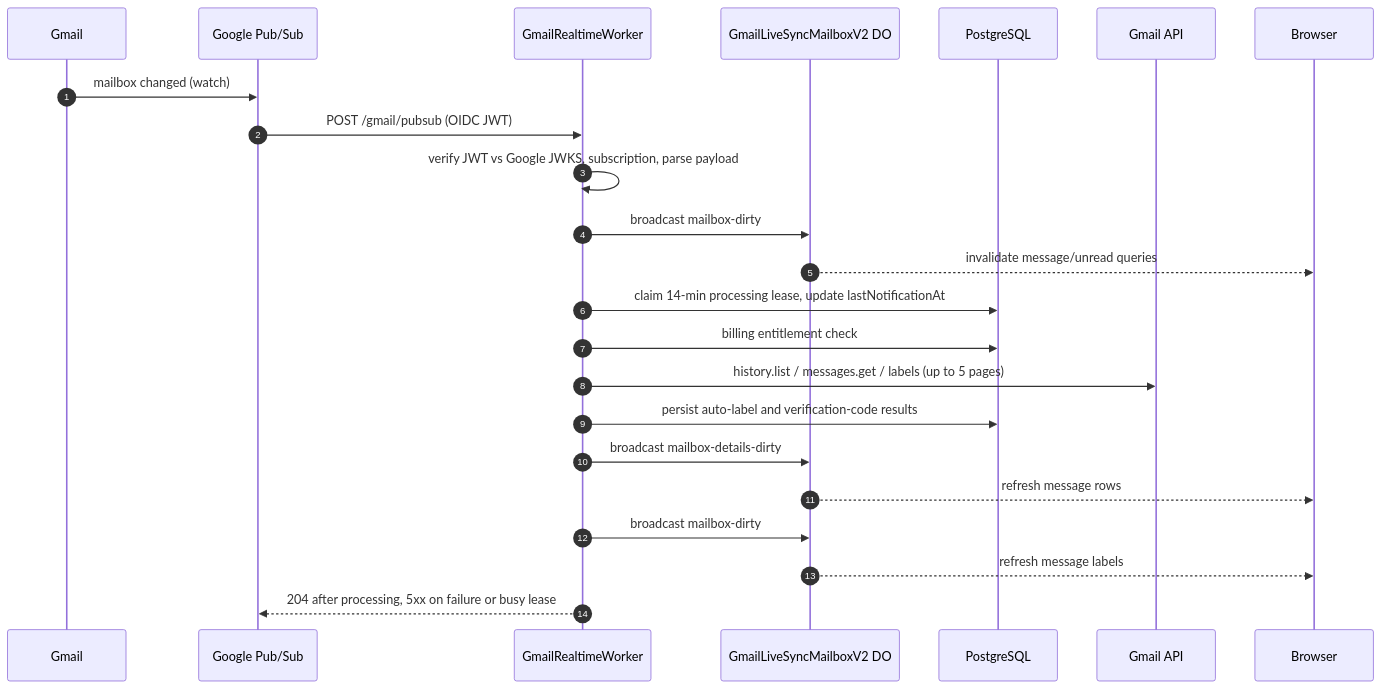
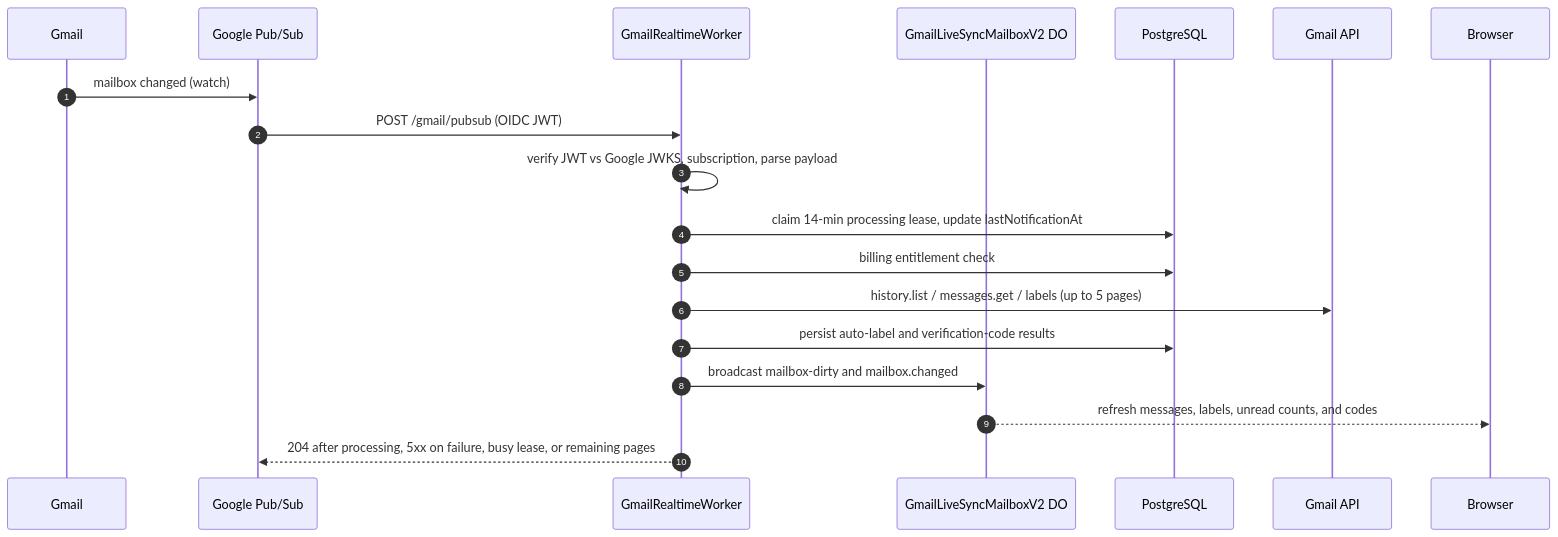
The second of 6 diagrams in docs/infrastructure-map.md (quieter-email/quieter), drawn with Mermaid before and after one commit. The commit also changed other lines of this file and 5 other files, not shown here.

````diff
--- a/docs/infrastructure-map.md
+++ b/docs/infrastructure-map.md
@@ -154,26 +153,22 @@
 ```mermaid
 sequenceDiagram
     autonumber
     participant G as Gmail
     participant P as Google Pub/Sub
     participant W as GmailRealtimeWorker
     participant D as GmailLiveSyncMailboxV2 DO
     participant DB as PostgreSQL
     participant A as Gmail API
     participant B as Browser
 
     G->>P: mailbox changed (watch)
     P->>W: POST /gmail/pubsub (OIDC JWT)
     W->>W: verify JWT vs Google JWKS, subscription, parse payload
-    W->>D: broadcast mailbox-dirty
-    D-->>B: invalidate message/unread queries
     W->>DB: claim 14-min processing lease, update lastNotificationAt
     W->>DB: billing entitlement check
     W->>A: history.list / messages.get / labels (up to 5 pages)
     W->>DB: persist auto-label and verification-code results
-    W->>D: broadcast mailbox-details-dirty
-    D-->>B: refresh message rows
-    W->>D: broadcast mailbox-dirty
-    D-->>B: refresh message labels
-    W-->>P: 204 after processing, 5xx on failure or busy lease
+    W->>D: broadcast mailbox-dirty and mailbox.changed
+    D-->>B: refresh messages, labels, unread counts, and codes
+    W-->>P: 204 after processing, 5xx on failure, busy lease, or remaining pages
 ```
````
